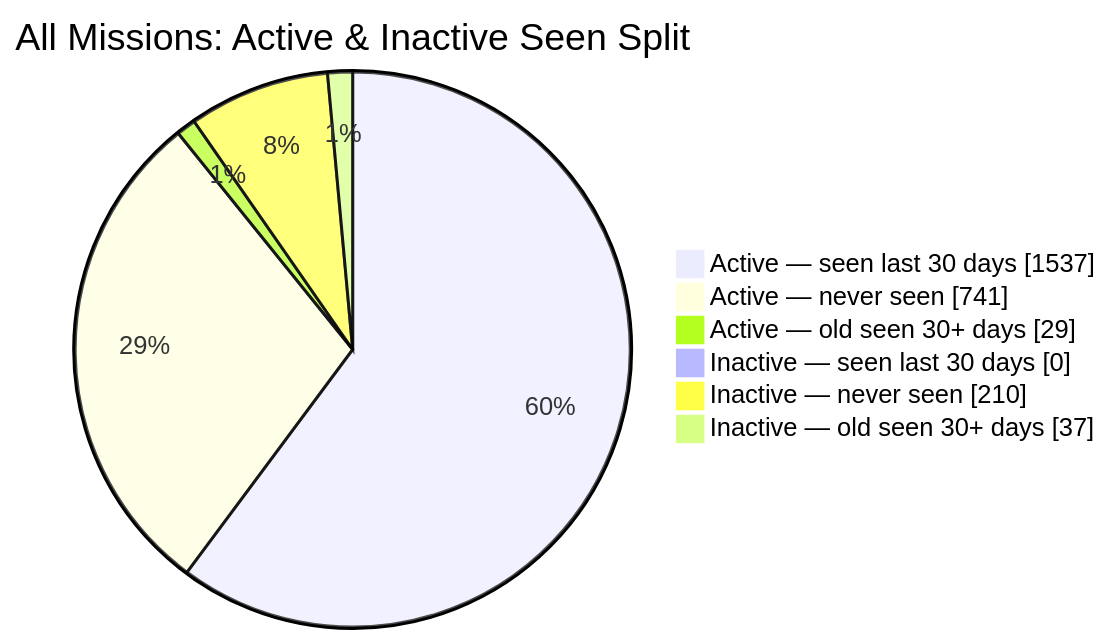
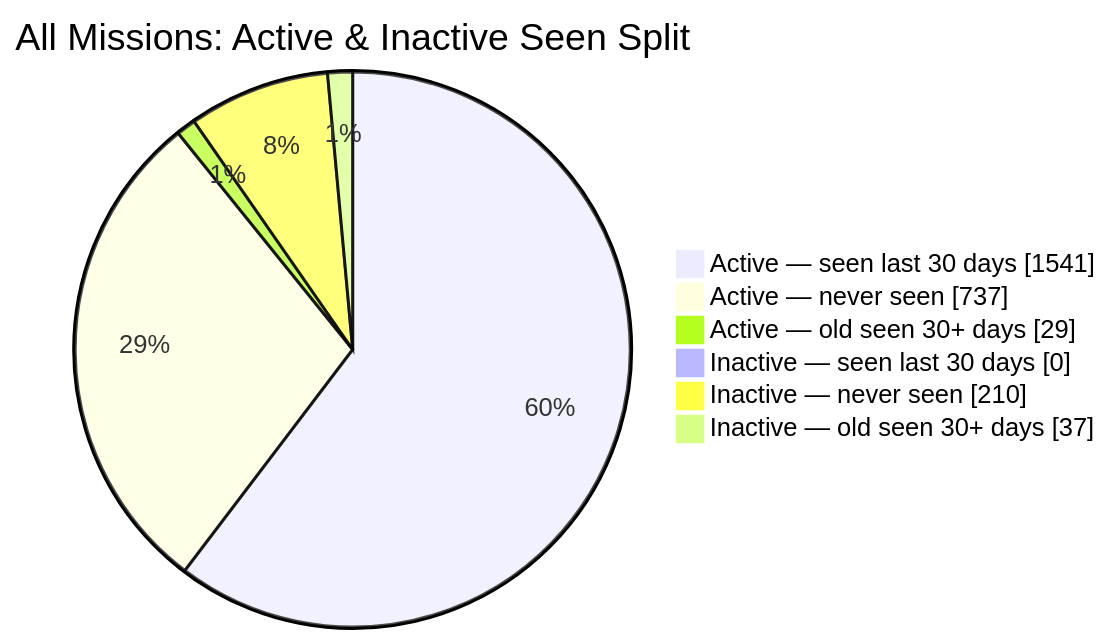
One commit to MeldkamerspelGameTeam/active-missions changed the second of 2 diagrams in README.md. Above: the diagram before and after it, drawn with Mermaid. The commit also changed other lines of this file and 2 other files, not shown here.

````diff
--- a/README.md
+++ b/README.md
@@ -44,10 +44,10 @@
 ```mermaid
 pie showData
     title All Missions: Active & Inactive Seen Split
-    "Active — seen last 30 days" : 1537
-    "Active — never seen" : 741
+    "Active — seen last 30 days" : 1541
+    "Active — never seen" : 737
     "Active — old seen 30+ days" : 29
     "Inactive — seen last 30 days" : 0
     "Inactive — never seen" : 210
     "Inactive — old seen 30+ days" : 37
 ```
````
